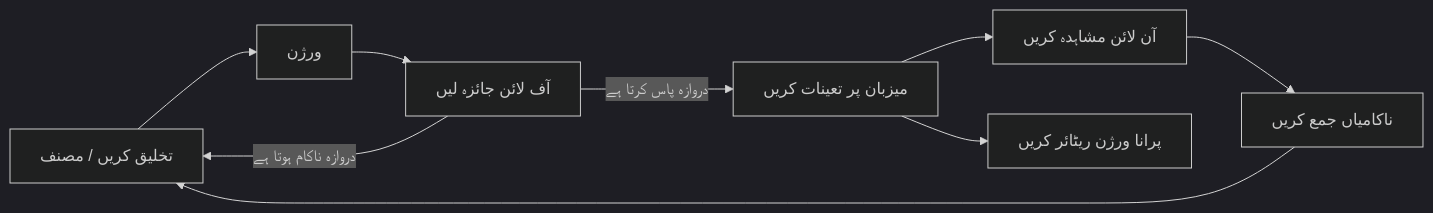
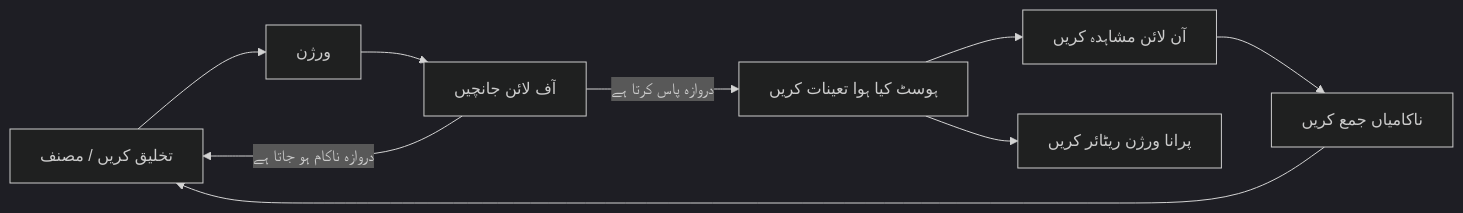
The second of 4 diagrams in mirrors/repos/microsoft@ai-agents-for-beginners/translations/ur/16-deploying-scalable-agents/README.md (gabrielmoreira/agent-skills-mirror), drawn with Mermaid (dark theme) before and after one commit. The commit also changed other lines of this file and 4262 other files, not shown here.

````diff
--- a/mirrors/repos/microsoft@ai-agents-for-beginners/translations/ur/16-deploying-scalable-agents/README.md
+++ b/mirrors/repos/microsoft@ai-agents-for-beginners/translations/ur/16-deploying-scalable-agents/README.md
@@ -108,11 +108,11 @@
 ```mermaid
 flowchart LR
     Create[تخلیق کریں / مصنف] --> Version[ورژن]
-    Version --> Evaluate[آف لائن جائزہ لیں]
-    Evaluate -->|دروازہ پاس کرتا ہے| Deploy[میزبان پر تعینات کریں]
-    Evaluate -->|دروازہ ناکام ہوتا ہے| Create
+    Version --> Evaluate[آف لائن جانچیں]
+    Evaluate -->|دروازہ پاس کرتا ہے| Deploy[ہوسٹ کیا ہوا تعینات کریں]
+    Evaluate -->|دروازہ ناکام ہو جاتا ہے| Create
     Deploy --> Observe[آن لائن مشاہدہ کریں]
     Observe --> Improve[ناکامیاں جمع کریں]
     Improve --> Create
     Deploy --> Retire[پرانا ورژن ریٹائر کریں]
 ```
````
